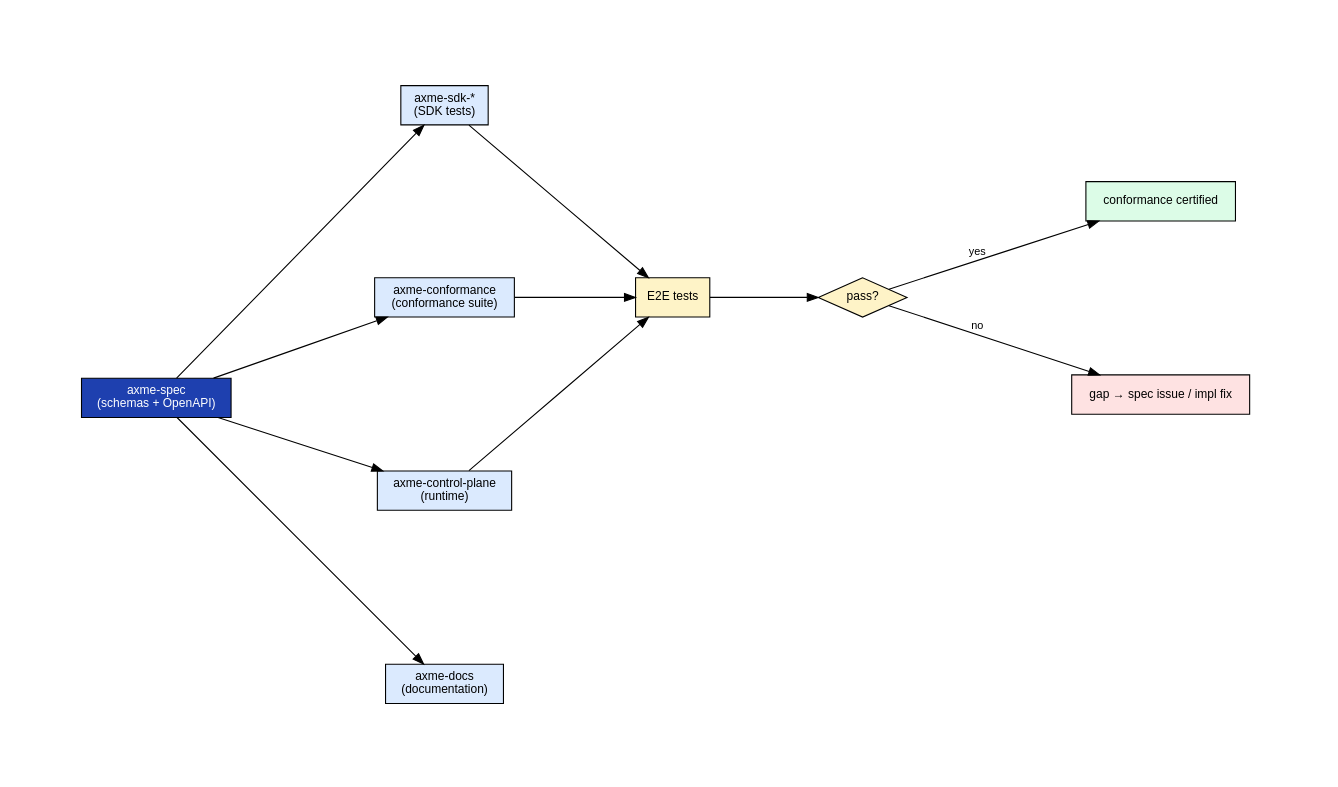
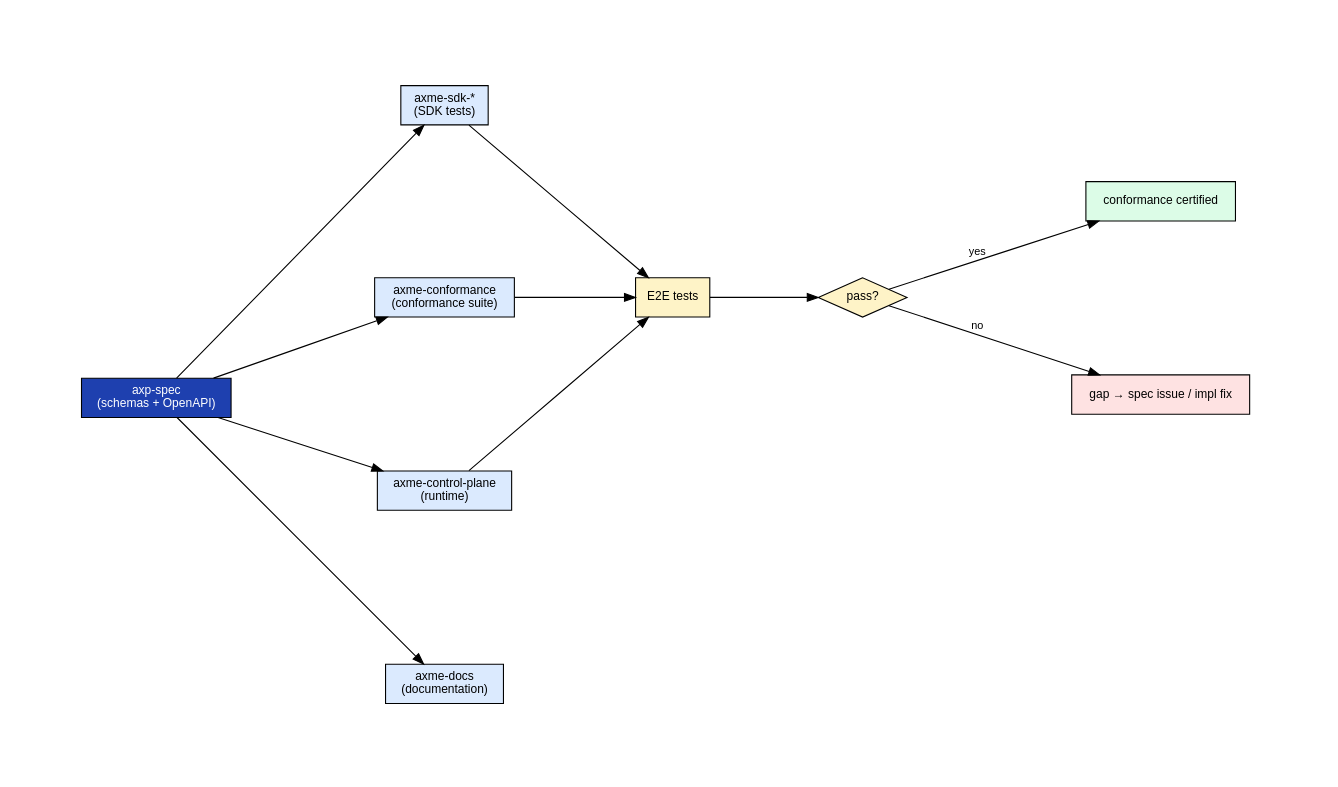
Before and after one commit to AxmeAI/axme-docs: the diagram in docs/diagrams/platform/04-conformance-traceability-map.dot, drawn with Graphviz. The commit also changed 17 other files, not shown here.

```diff
--- a/docs/diagrams/platform/04-conformance-traceability-map.dot
+++ b/docs/diagrams/platform/04-conformance-traceability-map.dot
@@ -1,23 +1,23 @@
 digraph conformance {
     graph [size="16,9" ratio="fill" pad="0.4" rankdir=LR fontname="Helvetica"];
     node [shape=box style=filled fillcolor="#dbeafe" fontname="Helvetica" fontsize=11];
     edge [fontname="Helvetica" fontsize=10];
 
-    SPEC  [label="axme-spec\n(schemas + OpenAPI)" fillcolor="#1e40af" fontcolor=white];
+    SPEC  [label="axp-spec\n(schemas + OpenAPI)" fillcolor="#1e40af" fontcolor=white];
     SDK   [label="axme-sdk-*\n(SDK tests)"];
     CONF  [label="axme-conformance\n(conformance suite)"];
     CP    [label="axme-control-plane\n(runtime)"];
     DOCS  [label="axme-docs\n(documentation)"];
     E2E   [label="E2E tests" fillcolor="#fef3c7"];
     RES   [label="pass?" shape=diamond fillcolor="#fef3c7"];
     CERT  [label="conformance certified" fillcolor="#dcfce7"];
     GAP   [label="gap → spec issue / impl fix" fillcolor="#fee2e2"];
 
     SPEC -> {SDK CONF CP DOCS};
     SDK  -> E2E;
     CONF -> E2E;
     CP   -> E2E;
     E2E  -> RES;
     RES  -> CERT [label="yes"];
     RES  -> GAP  [label="no"];
 }
```
